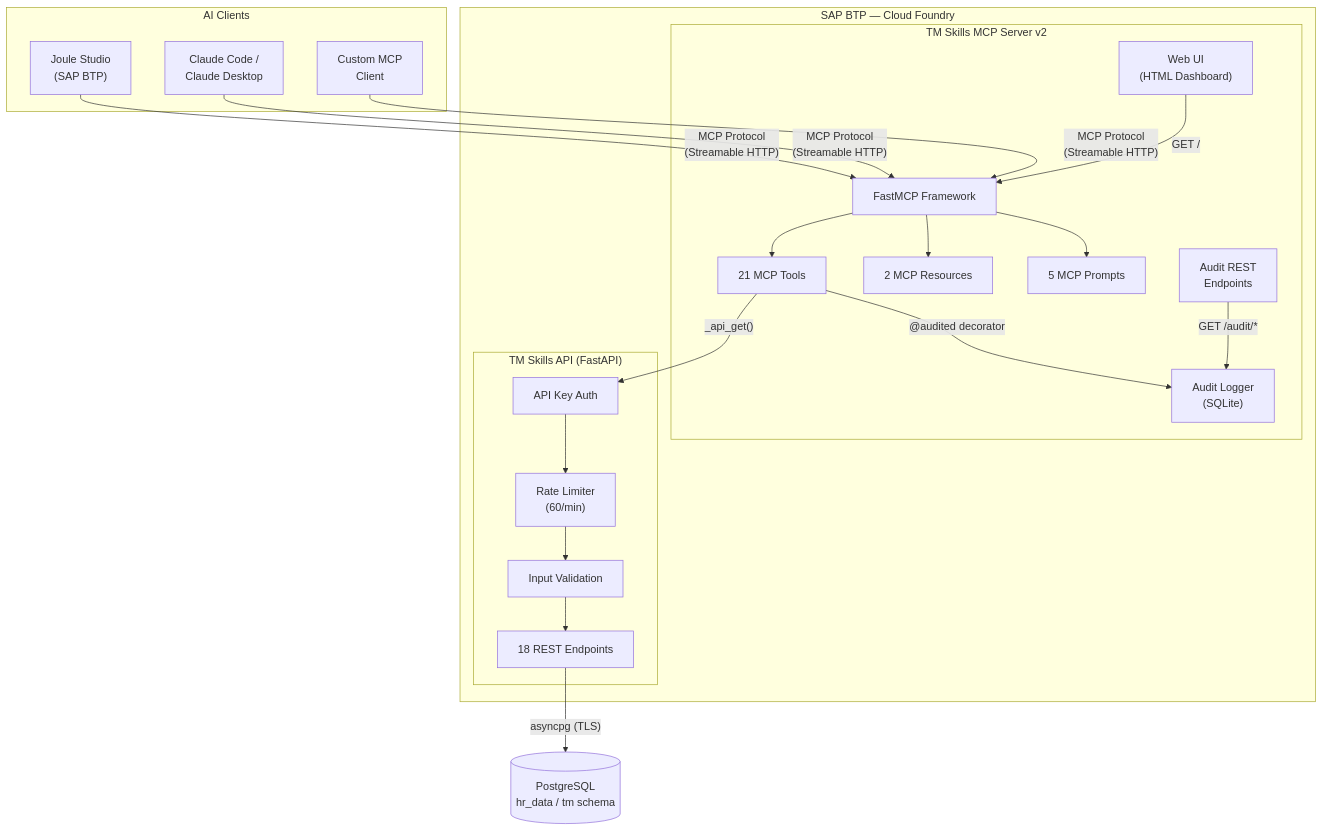
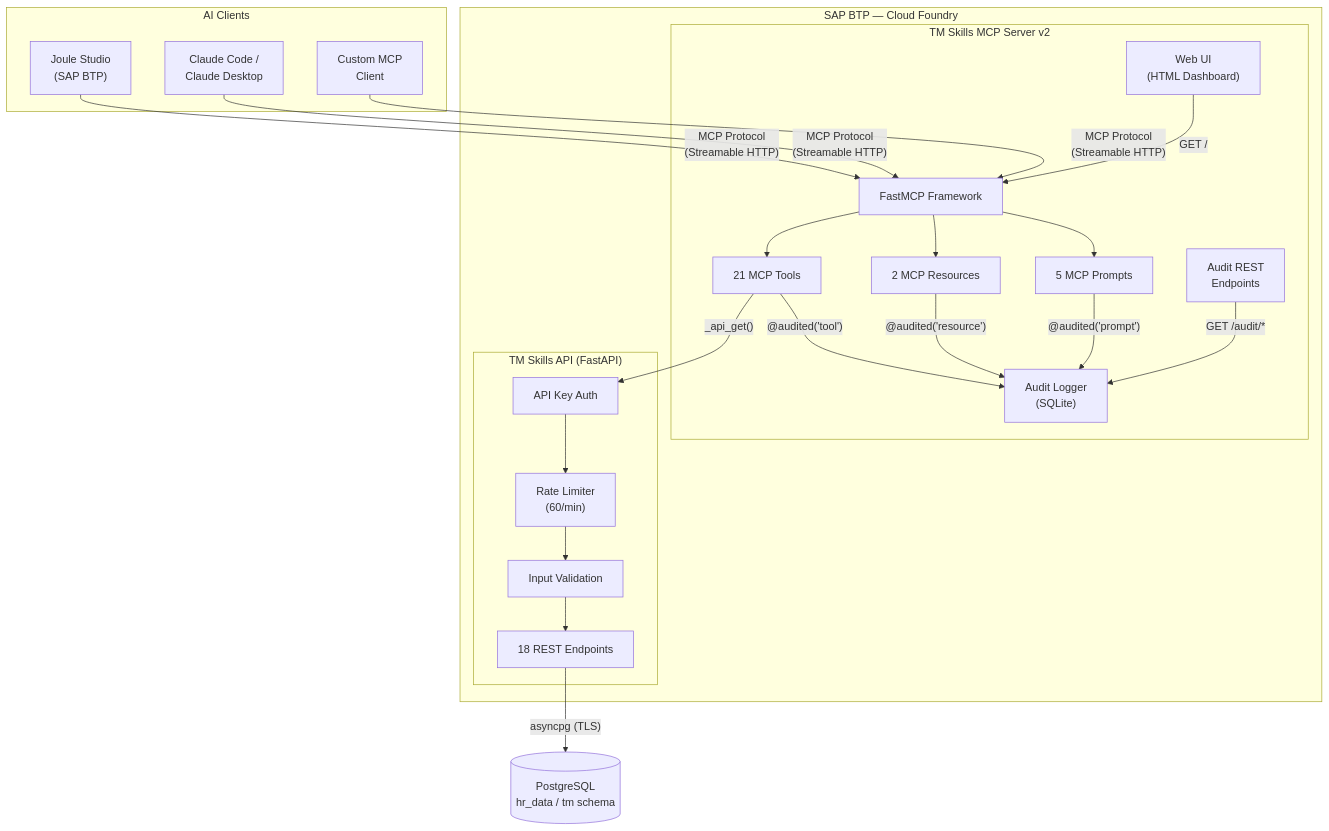
One commit to pradeepj-prj/tm-mcp-server-v2 changed the first of 3 diagrams in docs/ARCHITECTURE.md. Above: the diagram before and after it, drawn with Mermaid. The commit also changed other lines of this file and 2 other files, not shown here.

First line of the commit message:
Update architecture docs for resource/prompt audit logging

````diff
--- a/docs/ARCHITECTURE.md
+++ b/docs/ARCHITECTURE.md
@@ -11,44 +11,46 @@
 ```mermaid
 graph TB
     subgraph Clients["AI Clients"]
         Joule["Joule Studio<br/>(SAP BTP)"]
         Claude["Claude Code /<br/>Claude Desktop"]
         Custom["Custom MCP<br/>Client"]
     end
 
     subgraph BTP["SAP BTP — Cloud Foundry"]
         subgraph MCPServer["TM Skills MCP Server v2"]
             FastMCP["FastMCP Framework"]
             Tools["21 MCP Tools"]
             Resources["2 MCP Resources"]
             Prompts["5 MCP Prompts"]
             Audit["Audit Logger<br/>(SQLite)"]
             UI["Web UI<br/>(HTML Dashboard)"]
             AuditREST["Audit REST<br/>Endpoints"]
         end
 
         subgraph API["TM Skills API (FastAPI)"]
             Auth["API Key Auth"]
             RateLimit["Rate Limiter<br/>(60/min)"]
             Validation["Input Validation"]
             Endpoints["18 REST Endpoints"]
         end
     end
 
     DB[("PostgreSQL<br/>hr_data / tm schema")]
 
     Joule -->|"MCP Protocol<br/>(Streamable HTTP)"| FastMCP
     Claude -->|"MCP Protocol<br/>(Streamable HTTP)"| FastMCP
     Custom -->|"MCP Protocol<br/>(Streamable HTTP)"| FastMCP
 
     FastMCP --> Tools
     FastMCP --> Resources
     FastMCP --> Prompts
-    Tools -->|"@audited decorator"| Audit
+    Tools -->|"@audited('tool')"| Audit
+    Resources -->|"@audited('resource')"| Audit
+    Prompts -->|"@audited('prompt')"| Audit
     Tools -->|"_api_get()"| Auth
     UI -->|"GET /"| FastMCP
     AuditREST -->|"GET /audit/*"| Audit
 
     Auth --> RateLimit --> Validation --> Endpoints
     Endpoints -->|"asyncpg (TLS)"| DB
 ```
````
